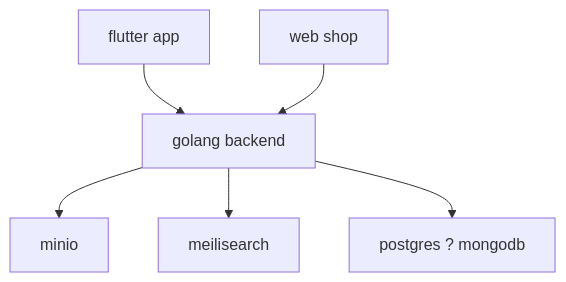
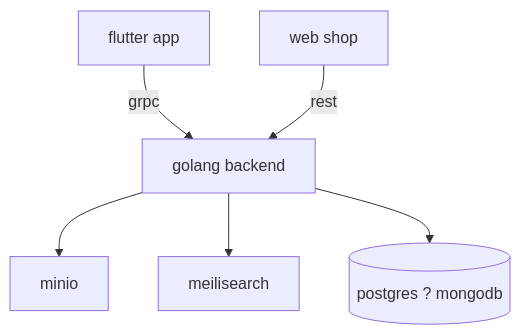
One commit to re-star-ru/ERP changed the diagram in backend/README.MD. Above: the diagram before and after it, drawn with Mermaid. The commit also changed other lines of this file, not shown here.

````diff
--- a/backend/README.MD
+++ b/backend/README.MD
@@ -3,9 +3,9 @@
 ```mermaid
 graph TD
   go[golang backend] --> s3[minio]
   go --> search[meilisearch]
-  go --> db[postgres ? mongodb]
+  go --> db[(postgres ? mongodb)]
   
-  frontend[flutter app] --> go
-  web[web shop] --> go
+  frontend[flutter app]-- grpc -->go
+  web[web shop]-- rest -->go
 ```
````
